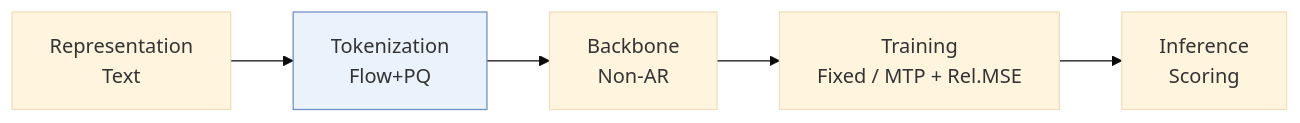
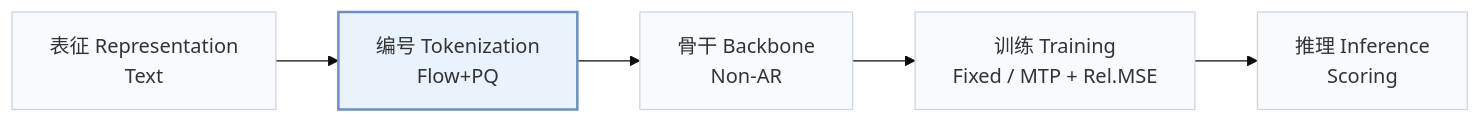
One commit to Galaxy-ghost/Awesome-SID-Generative-Rec changed the first of 2 diagrams in pages/zh/papers/tlow.md. Above: the diagram before and after it, drawn with Mermaid (base theme). The commit also changed other lines of this file and 649 other files, not shown here.

Commit message:
writer-05: also tags and modality index (schema, check, build, visuals); summary field removed; calibration data for 12 papers

````diff
--- a/pages/zh/papers/tlow.md
+++ b/pages/zh/papers/tlow.md
@@ -13,6 +15,8 @@
 ```mermaid
 flowchart LR
-    R["Representation<br/>Text"] --> T["Tokenization<br/>Flow+PQ"] --> B["Backbone<br/>Non-AR"] --> TR["Training<br/>Fixed / MTP + Rel.MSE"] --> I["Inference<br/>Scoring"]
-    classDef main fill:#eaf2fb,stroke:#6b8fc7
+    R["表征 Representation<br/>Text"] --> T["编号 Tokenization<br/>Flow+PQ"] --> B["骨干 Backbone<br/>Non-AR"] --> TR["训练 Training<br/>Fixed / MTP + Rel.MSE"] --> I["推理 Inference<br/>Scoring"]
+    classDef base fill:#f8fafc,stroke:#cbd5e1
+    class R,T,B,TR,I base
+    classDef main fill:#eaf2fb,stroke:#6b8fc7,stroke-width:2px
     class T main
 ```
````
